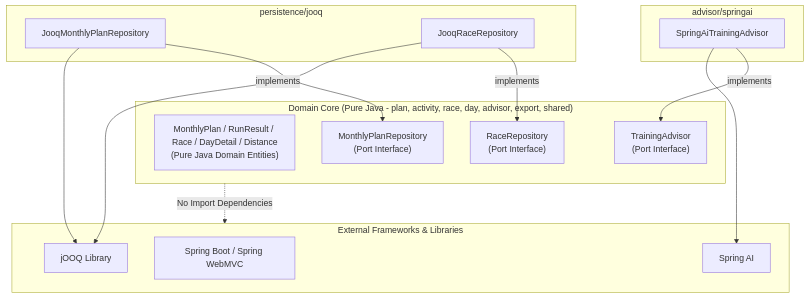
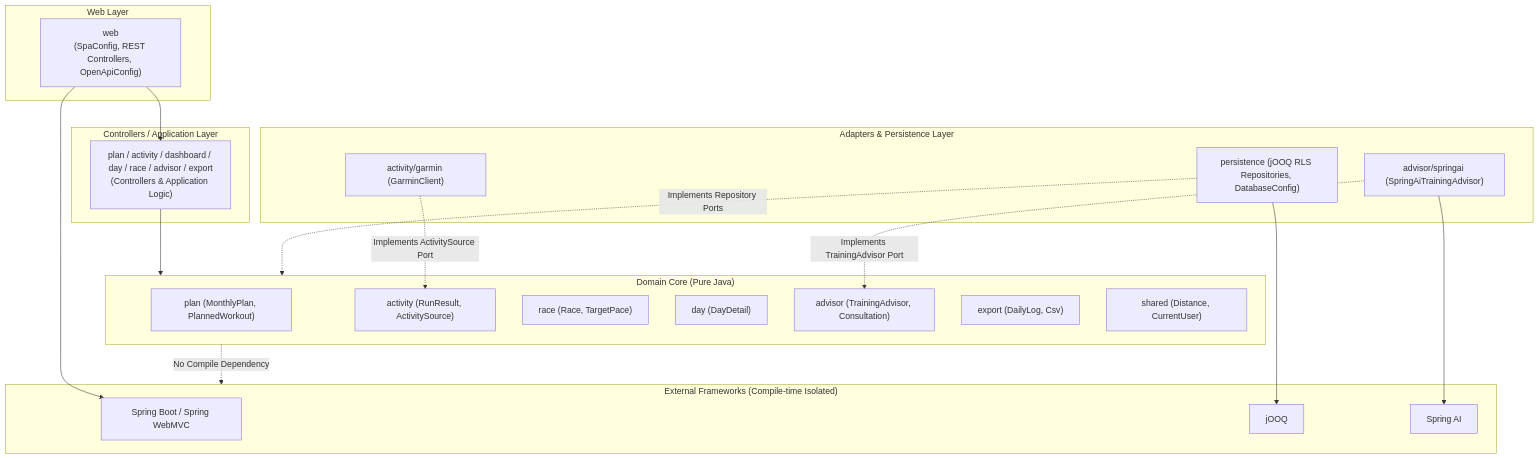
Before and after one commit to tis-abe-akira/run-buddy: the second of 3 diagrams in openwiki/architecture/overview.md, drawn with Mermaid. The commit also changed other lines of this file and 12 other files, not shown here.

````diff
--- a/openwiki/architecture/overview.md
+++ b/openwiki/architecture/overview.md
@@ -123,34 +126,44 @@
 ```mermaid
 flowchart TD
-    subgraph DomainCore ["Domain Core (Pure Java - plan, activity, race, day, advisor, export, shared)"]
-        DomainModels["MonthlyPlan / RunResult / Race / DayDetail / Distance\n(Pure Java Domain Entities)"]
-        PlanRepoPort["MonthlyPlanRepository\n(Port Interface)"]
-        RaceRepoPort["RaceRepository\n(Port Interface)"]
-        AdvisorPort["TrainingAdvisor\n(Port Interface)"]
+    subgraph WebLayer ["Web Layer"]
+        WebPkg["web\n(SpaConfig, REST Controllers, OpenApiConfig)"]
     end
 
-    subgraph PersistenceJooq ["persistence/jooq"]
-        JooqPlanRepo["JooqMonthlyPlanRepository"]
-        JooqRaceRepo["JooqRaceRepository"]
+    subgraph FeatureControllers ["Controllers / Application Layer"]
+        Controllers["plan / activity / dashboard / day / race / advisor / export\n(Controllers & Application Logic)"]
     end
 
-    subgraph AdvisorSpringAi ["advisor/springai"]
-        SpringAiAdvisor["SpringAiTrainingAdvisor"]
+    subgraph DomainCore ["Domain Core (Pure Java)"]
+        PlanDomain["plan (MonthlyPlan, PlannedWorkout)"]
+        ActivityDomain["activity (RunResult, ActivitySource)"]
+        RaceDomain["race (Race, TargetPace)"]
+        DayDomain["day (DayDetail)"]
+        AdvisorDomain["advisor (TrainingAdvisor, Consultation)"]
+        ExportDomain["export (DailyLog, Csv)"]
+        SharedDomain["shared (Distance, CurrentUser)"]
     end
 
-    subgraph Frameworks ["External Frameworks & Libraries"]
+    subgraph Adapters ["Adapters & Persistence Layer"]
+        PersistencePkg["persistence (jOOQ RLS Repositories, DatabaseConfig)"]
+        GarminAdapter["activity/garmin (GarminClient)"]
+        SpringAiAdapter["advisor/springai (SpringAiTrainingAdvisor)"]
+    end
+
+    subgraph Frameworks ["External Frameworks (Compile-time Isolated)"]
         SpringBoot["Spring Boot / Spring WebMVC"]
-        jOOQ["jOOQ Library"]
+        jOOQ["jOOQ"]
         SpringAI["Spring AI"]
     end
 
-    JooqPlanRepo -->|"implements"| PlanRepoPort
-    JooqRaceRepo -->|"implements"| RaceRepoPort
-    SpringAiAdvisor -->|"implements"| AdvisorPort
+    WebPkg --> Controllers
+    Controllers --> DomainCore
+    PersistencePkg -.->|"Implements Repository Ports"| DomainCore
+    GarminAdapter -.->|"Implements ActivitySource Port"| ActivityDomain
+    SpringAiAdapter -.->|"Implements TrainingAdvisor Port"| AdvisorDomain
 
-    JooqPlanRepo --> jOOQ
-    JooqRaceRepo --> jOOQ
-    SpringAiAdvisor --> SpringAI
+    PersistencePkg --> jOOQ
+    SpringAiAdapter --> SpringAI
+    WebPkg --> SpringBoot
 
-    DomainCore -.->|"No Import Dependencies"| Frameworks
+    DomainCore -.->|"No Compile Dependency"| Frameworks
 ```
````
